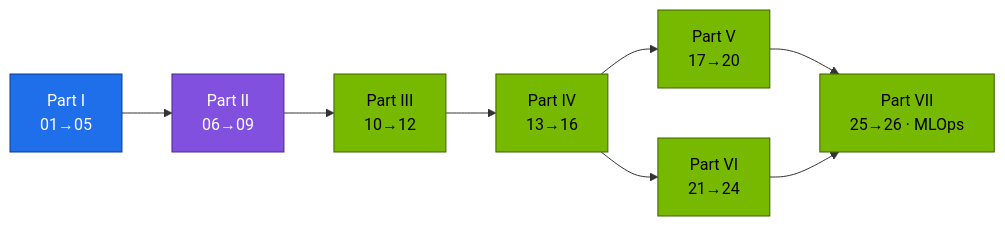
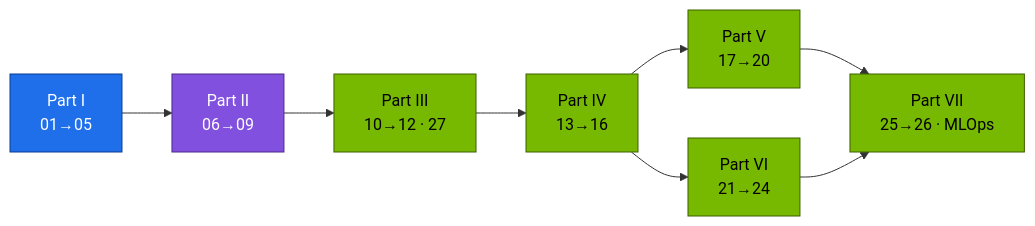
One commit to cloudone365/technical-depth changed the second of 2 diagrams in 02 Kubernetes/README.md. Above: the diagram before and after it, drawn with Mermaid. The commit also changed other lines of this file and 5 other files, not shown here.

````diff
--- a/02 Kubernetes/README.md
+++ b/02 Kubernetes/README.md
@@ -126,13 +141,13 @@
 ```mermaid
 flowchart LR
-  P1["Part I<br/>01→05"] --> P2["Part II<br/>06→09"] --> P3["Part III<br/>10→12"] --> P4["Part IV<br/>13→16"]
+  P1["Part I<br/>01→05"] --> P2["Part II<br/>06→09"] --> P3["Part III<br/>10→12 · 27"] --> P4["Part IV<br/>13→16"]
   P4 --> P5["Part V<br/>17→20"]
   P4 --> P6["Part VI<br/>21→24"]
   P5 & P6 --> P7["Part VII<br/>25→26 · MLOps"]
   classDef ctrl fill:#1f6feb,stroke:#0b3d91,color:#fff
   classDef net fill:#8250df,stroke:#4c2889,color:#fff
   classDef gpu fill:#76b900,stroke:#3d6000,color:#000
   class P1 ctrl
   class P2 net
   class P3,P4,P5,P6,P7 gpu
 ```
````
